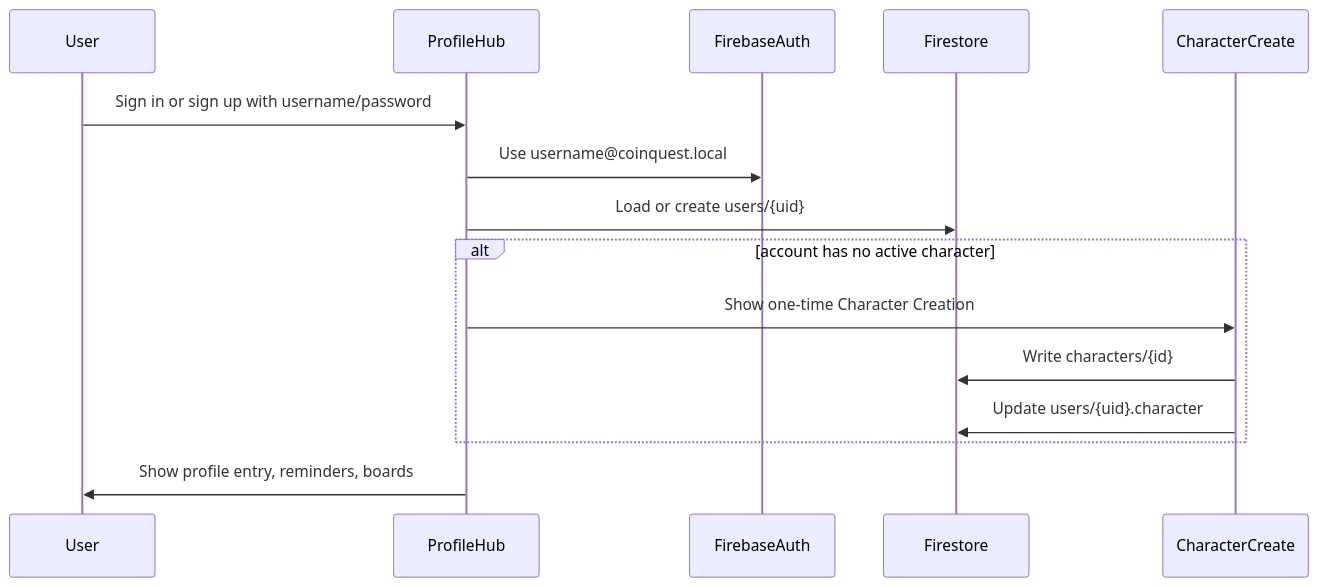
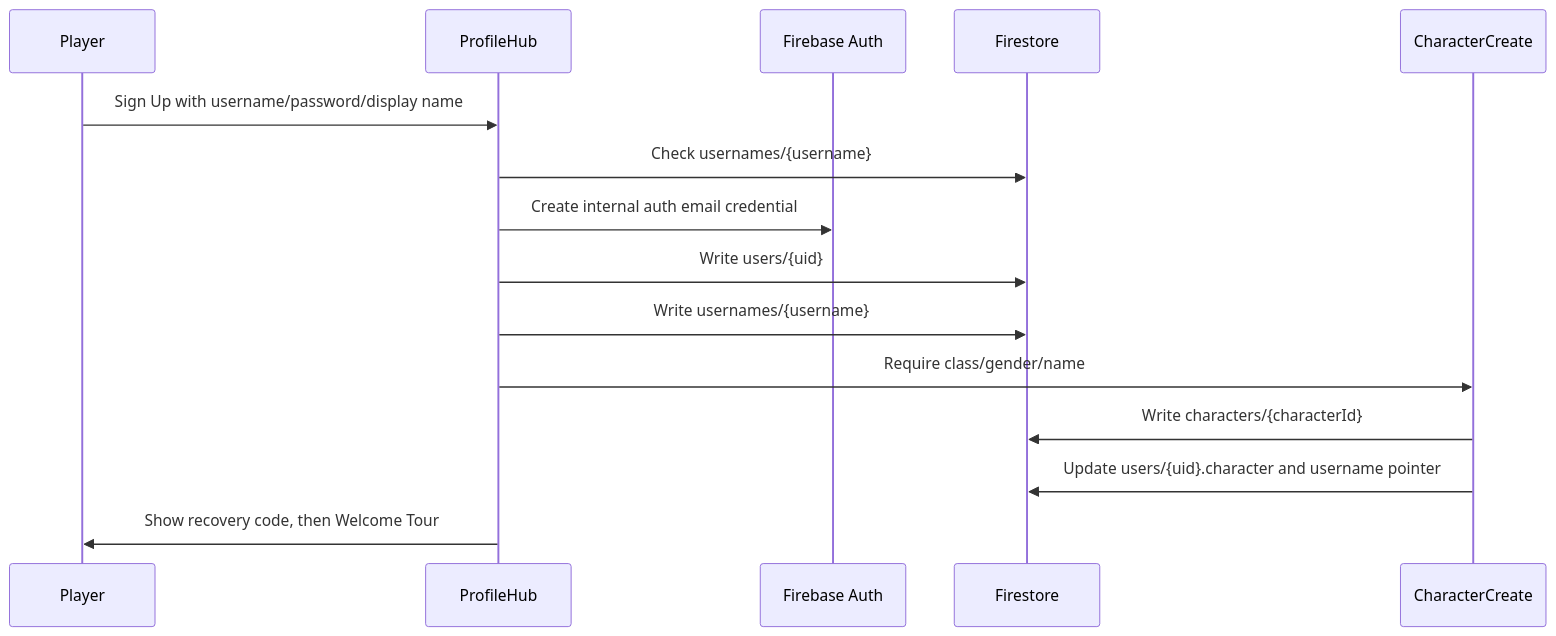
The fourth of 17 diagrams in SITE_MAP_AND_INTERACTIONS.md (purichw/coin-quest-ledger), drawn with Mermaid before and after one commit. The commit also changed other lines of this file and 5 other files, not shown here.

````diff
--- a/SITE_MAP_AND_INTERACTIONS.md
+++ b/SITE_MAP_AND_INTERACTIONS.md
@@ -59,18 +144,18 @@
 ```mermaid
 sequenceDiagram
-  participant User
+  participant Player
   participant ProfileHub
-  participant FirebaseAuth
-  participant Firestore
+  participant Auth as Firebase Auth
+  participant DB as Firestore
   participant CharacterCreate
 
-  User->>ProfileHub: Sign in or sign up with username/password
-  ProfileHub->>FirebaseAuth: Use username@coinquest.local
-  ProfileHub->>Firestore: Load or create users/{uid}
-  alt account has no active character
-    ProfileHub->>CharacterCreate: Show one-time Character Creation
-    CharacterCreate->>Firestore: Write characters/{id}
-    CharacterCreate->>Firestore: Update users/{uid}.character
-  end
-  ProfileHub->>User: Show profile entry, reminders, boards
+  Player->>ProfileHub: Sign Up with username/password/display name
+  ProfileHub->>DB: Check usernames/{username}
+  ProfileHub->>Auth: Create internal auth email credential
+  ProfileHub->>DB: Write users/{uid}
+  ProfileHub->>DB: Write usernames/{username}
+  ProfileHub->>CharacterCreate: Require class/gender/name
+  CharacterCreate->>DB: Write characters/{characterId}
+  CharacterCreate->>DB: Update users/{uid}.character and username pointer
+  ProfileHub->>Player: Show recovery code, then Welcome Tour
 ```
````
